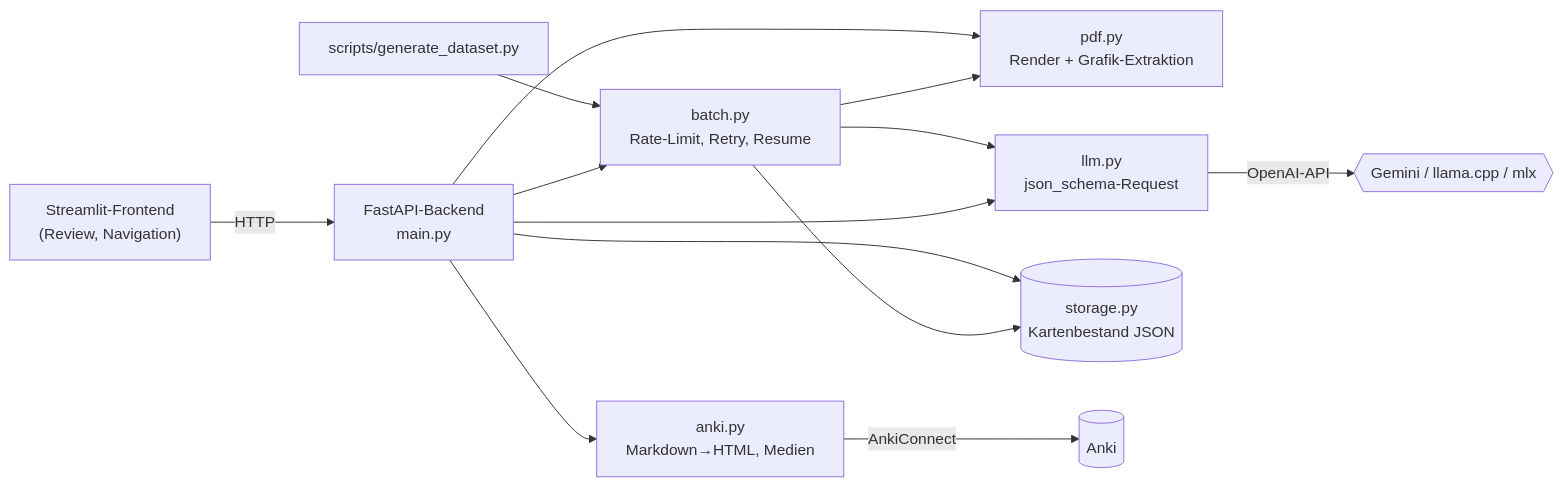
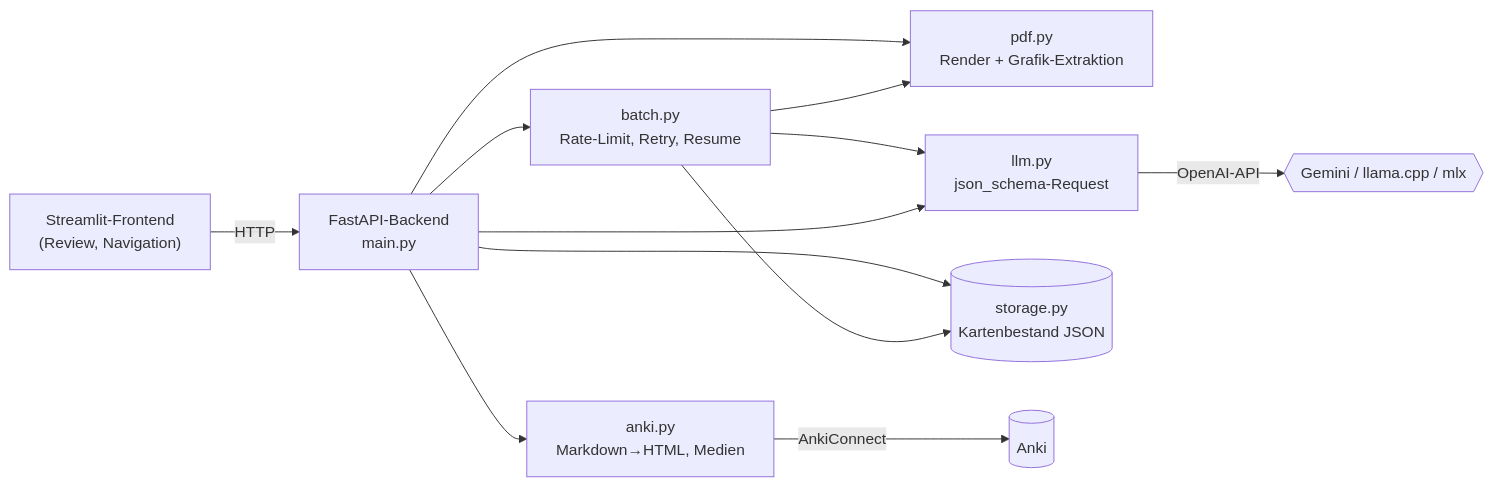
Before and after one commit to ericjoelr/KI-Karteikarten-Assistent: the diagram in README.md, drawn with Mermaid. The commit also changed other lines of this file and 12 other files, not shown here.

First line of the commit message:
removed the dataset script and the dataset card store

````diff
--- a/README.md
+++ b/README.md
@@ -41,15 +39,14 @@
 ```mermaid
 flowchart LR
     UI["Streamlit-Frontend<br/>(Review, Navigation)"] -- HTTP --> API["FastAPI-Backend<br/>main.py"]
-    Script["scripts/generate_dataset.py"] --> Batch
     API --> Batch["batch.py<br/>Rate-Limit, Retry, Resume"]
     API --> PDF
     Batch --> PDF["pdf.py<br/>Render + Grafik-Extraktion"]
     Batch --> LLM["llm.py<br/>json_schema-Request"]
     API --> LLM
     LLM -- OpenAI-API --> Prov{{"Gemini / llama.cpp / mlx"}}
     API --> Store[("storage.py<br/>Kartenbestand JSON")]
     Batch --> Store
     API --> Anki["anki.py<br/>Markdown→HTML, Medien"]
     Anki -- AnkiConnect --> AnkiApp[("Anki")]
 ```
````
